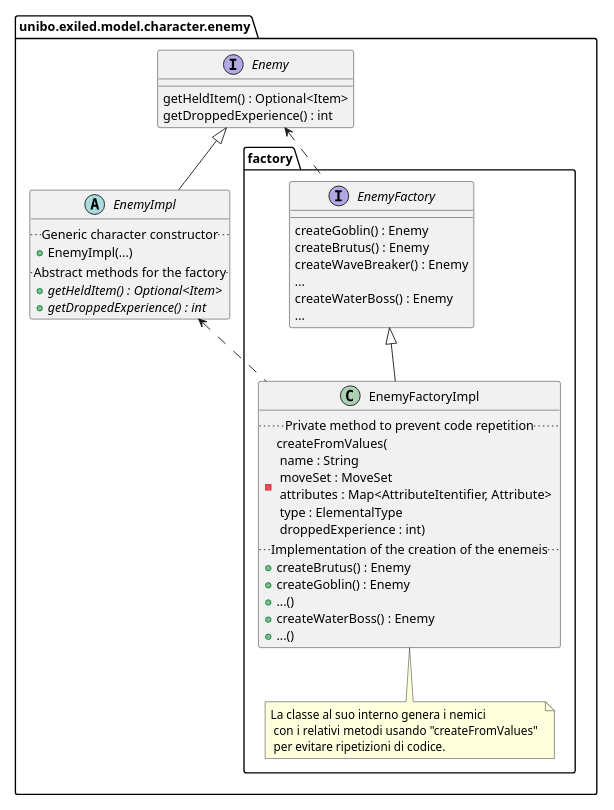
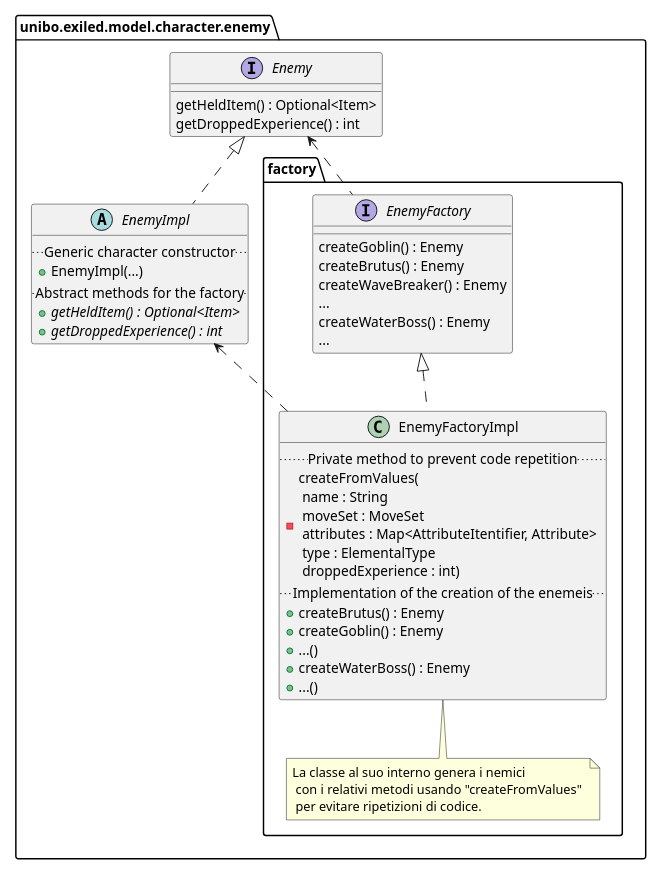
The diagram in docs/enemy/enemyfactory-uml.puml (unibo-oop-projects/OOP23-Baldoni-Beylax-Casadei-MarcoMagnani03-Pazzaglia-exiled), drawn with PlantUML before and after one commit. The commit also changed 6 other files, not shown here.

```diff
--- a/docs/enemy/enemyfactory-uml.puml
+++ b/docs/enemy/enemyfactory-uml.puml
@@ -1,44 +1,44 @@
 @startuml
-scale 0.6
+scale 0.65
 set separator none
 package unibo.exiled.model.character.enemy{
     abstract class EnemyImpl{
         .. Generic character constructor ..
         + EnemyImpl(...)
         .. Abstract methods for the factory..
         + {abstract} getHeldItem() : Optional<Item>
         + {abstract} getDroppedExperience() : int
     }
     interface Enemy{
         getHeldItem() : Optional<Item>
         getDroppedExperience() : int
     }
     package factory{
         interface EnemyFactory{
             createGoblin() : Enemy
             createBrutus() : Enemy
             createWaveBreaker() : Enemy
             {method} ...
             createWaterBoss() : Enemy
             {method} ...
         }
         class EnemyFactoryImpl {
             .. Private method to prevent code repetition ..
             - createFromValues( \n name : String \n moveSet : MoveSet \n attributes : Map<AttributeItentifier, Attribute> \n type : ElementalType \n droppedExperience : int)
             .. Implementation of the creation of the enemeis ..
             + createBrutus() : Enemy
             + createGoblin() : Enemy
             +...()
             + createWaterBoss() : Enemy
             +...()
         }
         note bottom : La classe al suo interno genera i nemici \n con i relativi metodi usando "createFromValues" \n per evitare ripetizioni di codice.
     }
 }
 
-Enemy <|-- EnemyImpl
+Enemy <|.. EnemyImpl
 Enemy <.. EnemyFactory
-EnemyFactory <|-- EnemyFactoryImpl
+EnemyFactory <|.. EnemyFactoryImpl
 EnemyImpl <.. EnemyFactoryImpl
 
 @enduml
```
